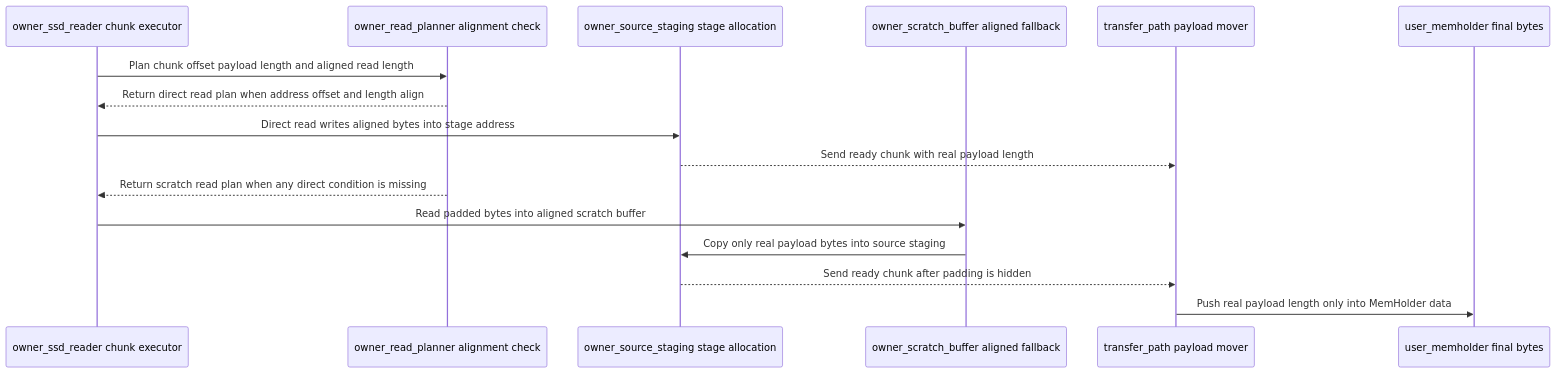
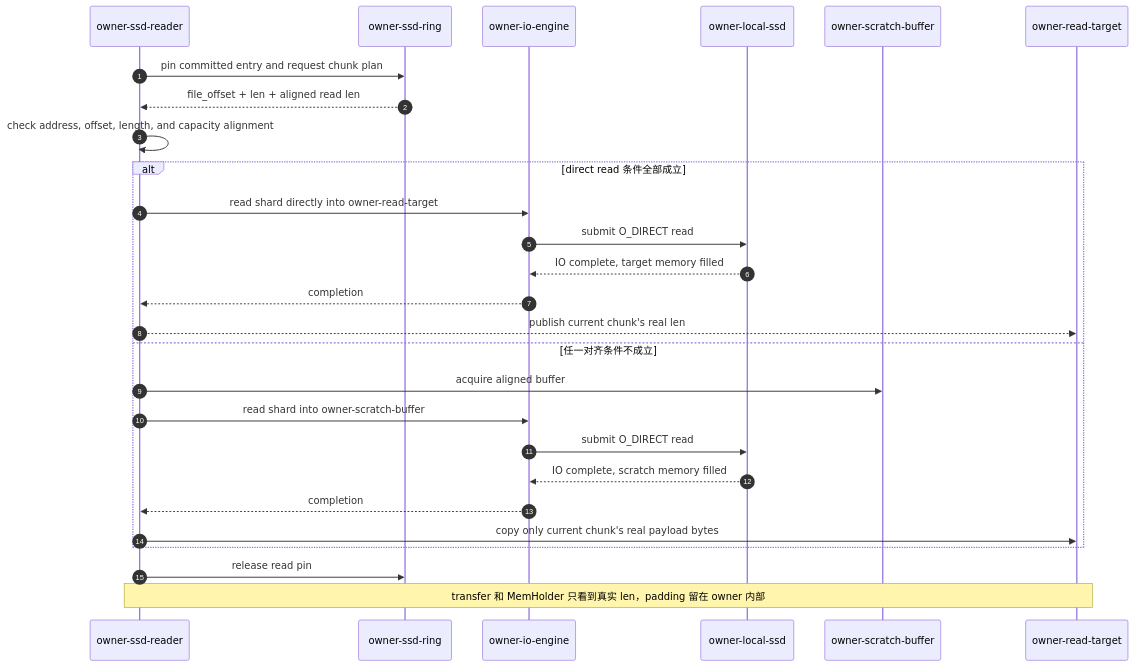
The fifth of 8 diagrams in fluxon_doc_cn/design/kv_5_SSD存储设计.md (Tele-AI/Fluxon), drawn with Mermaid before and after one commit. The commit also changed other lines of this file and 8 other files, not shown here.

````diff
--- a/fluxon_doc_cn/design/kv_5_SSD存储设计.md
+++ b/fluxon_doc_cn/design/kv_5_SSD存储设计.md
@@ -517,18 +764,31 @@
 ```mermaid
 sequenceDiagram
-    participant owner_ssd_reader as owner_ssd_reader chunk executor
-    participant owner_read_planner as owner_read_planner alignment check
-    participant owner_source_staging as owner_source_staging stage allocation
-    participant owner_scratch_buffer as owner_scratch_buffer aligned fallback
-    participant transfer_path as transfer_path payload mover
-    participant user_memholder as user_memholder final bytes
-    owner_ssd_reader->>owner_read_planner: Plan chunk offset payload length and aligned read length
-    owner_read_planner-->>owner_ssd_reader: Return direct read plan when address offset and length align
-    owner_ssd_reader->>owner_source_staging: Direct read writes aligned bytes into stage address
-    owner_source_staging-->>transfer_path: Send ready chunk with real payload length
-    owner_read_planner-->>owner_ssd_reader: Return scratch read plan when any direct condition is missing
-    owner_ssd_reader->>owner_scratch_buffer: Read padded bytes into aligned scratch buffer
-    owner_scratch_buffer->>owner_source_staging: Copy only real payload bytes into source staging
-    owner_source_staging-->>transfer_path: Send ready chunk after padding is hidden
-    transfer_path->>user_memholder: Push real payload length only into MemHolder data
+    autonumber
+    participant owner_reader as owner-ssd-reader
+    participant owner_ring as owner-ssd-ring
+    participant owner_engine as owner-io-engine
+    participant owner_media as owner-local-ssd
+    participant owner_scratch as owner-scratch-buffer
+    participant owner_target as owner-read-target
+
+    owner_reader->>owner_ring: pin committed entry and request chunk plan
+    owner_ring-->>owner_reader: file_offset + len + aligned read len
+    owner_reader->>owner_reader: check address, offset, length, and capacity alignment
+
+    alt direct read 条件全部成立
+        owner_reader->>owner_engine: read shard directly into owner-read-target
+        owner_engine->>owner_media: submit O_DIRECT read
+        owner_media-->>owner_engine: IO complete, target memory filled
+        owner_engine-->>owner_reader: completion
+        owner_reader-->>owner_target: publish current chunk's real len
+    else 任一对齐条件不成立
+        owner_reader->>owner_scratch: acquire aligned buffer
+        owner_reader->>owner_engine: read shard into owner-scratch-buffer
+        owner_engine->>owner_media: submit O_DIRECT read
+        owner_media-->>owner_engine: IO complete, scratch memory filled
+        owner_engine-->>owner_reader: completion
+        owner_reader->>owner_target: copy only current chunk's real payload bytes
+    end
+    owner_reader->>owner_ring: release read pin
+    Note over owner_reader,owner_target: transfer 和 MemHolder 只看到真实 len，padding 留在 owner 内部
 ```
````
